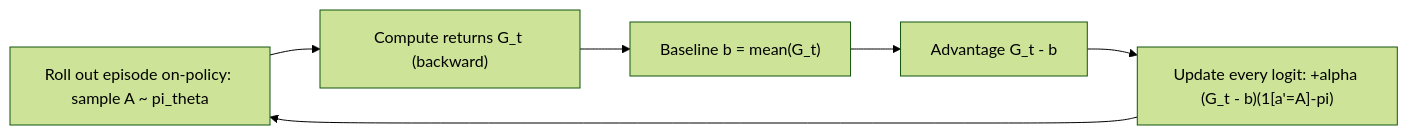
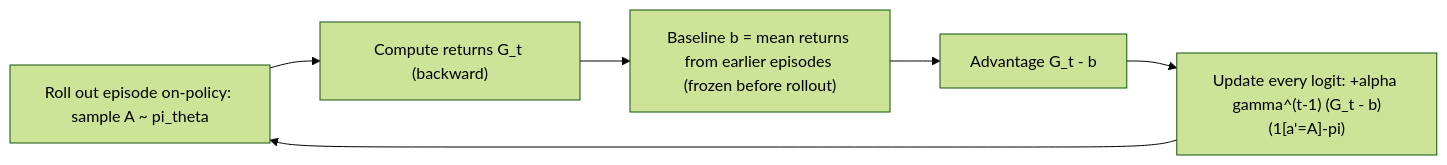
The first of 2 diagrams in projects/student-support-rl-showcase/docs/policy-gradient-and-actor-critic.md (conqueror/mcgill-showcases), drawn with Mermaid (forest theme) before and after one commit. The commit also changed other lines of this file and 19 other files, not shown here.

````diff
--- a/projects/student-support-rl-showcase/docs/policy-gradient-and-actor-critic.md
+++ b/projects/student-support-rl-showcase/docs/policy-gradient-and-actor-critic.md
@@ -55,8 +55,8 @@
 ```mermaid
 flowchart LR
   A["Roll out episode on-policy: sample A ~ pi_theta"] --> B["Compute returns G_t (backward)"]
-  B --> C["Baseline b = mean(G_t)"]
+  B --> C["Baseline b = mean returns from earlier episodes (frozen before rollout)"]
   C --> D["Advantage G_t - b"]
-  D --> E["Update every logit: +alpha (G_t - b)(1[a'=A]-pi)"]
+  D --> E["Update every logit: +alpha gamma^(t-1) (G_t - b)(1[a'=A]-pi)"]
   E --> A
 ```
````
